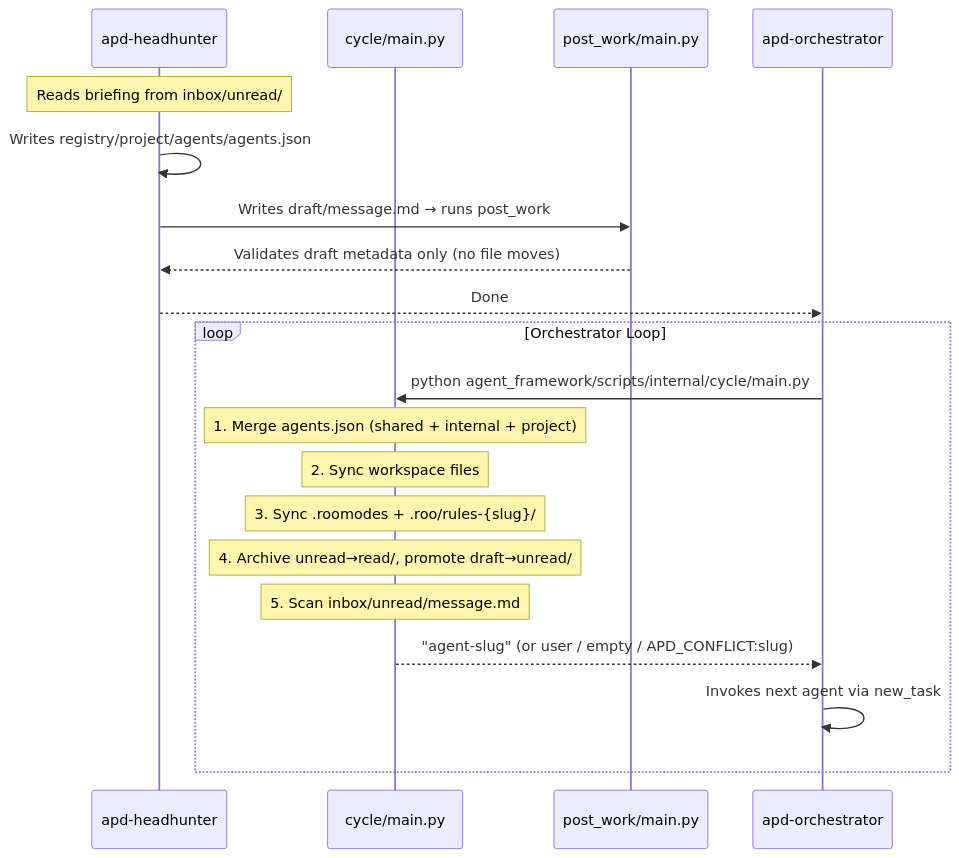
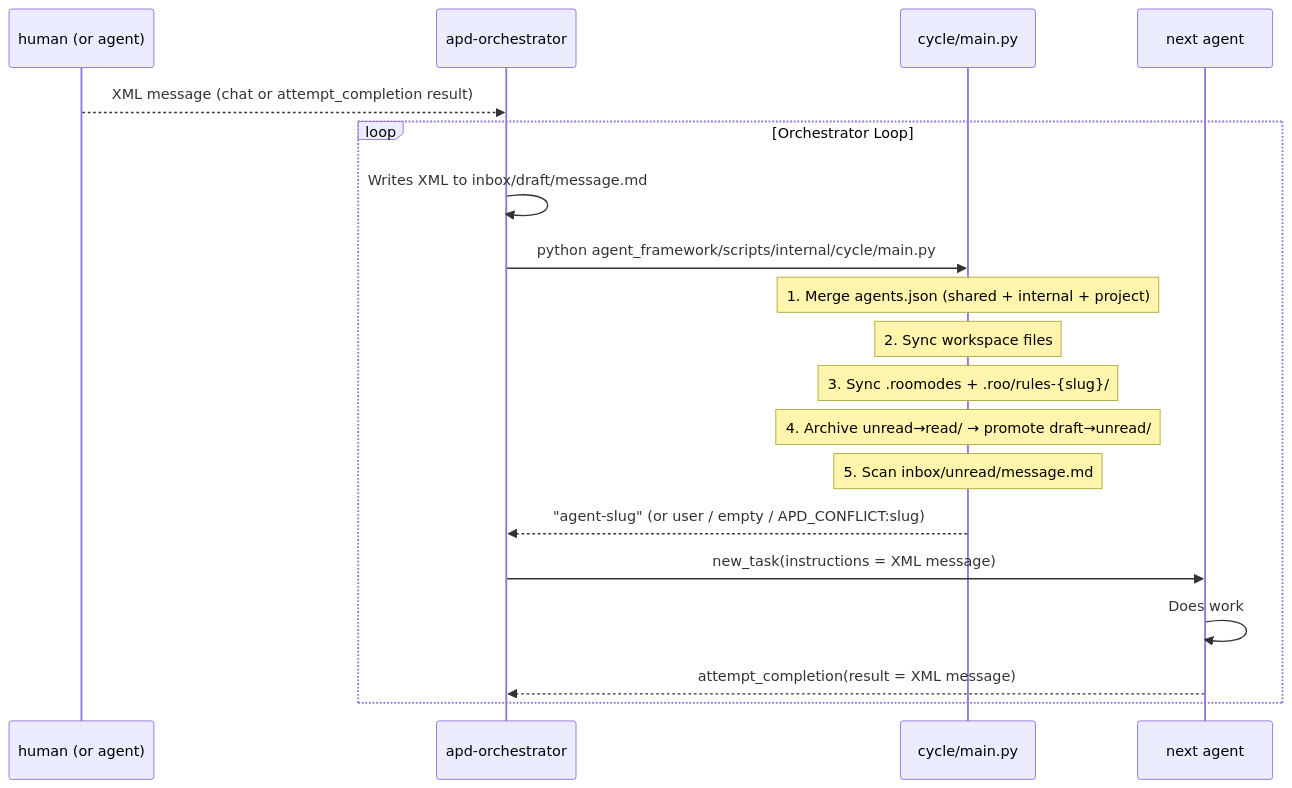
The diagram in docs/scripts.md (Joanoni/autonomous-project-development), drawn with Mermaid before and after one commit. The commit also changed other lines of this file and 26 other files, not shown here.

Commit message:
docs: remove post_work references, fix agent input source (new_task instructions), add shared workspace sync, fix orchestrator constraints

````diff
--- a/docs/scripts.md
+++ b/docs/scripts.md
@@ -177,24 +145,23 @@
 ```mermaid
 sequenceDiagram
-    participant HH as apd-headhunter
+    participant HU as human (or agent)
+    participant OR as apd-orchestrator
     participant CY as cycle/main.py
-    participant PW as post_work/main.py
-    participant OR as apd-orchestrator
+    participant AG as next agent
 
-    Note over HH: Reads briefing from inbox/unread/
-    HH->>HH: Writes registry/project/agents/agents.json
-    HH->>PW: Writes draft/message.md → runs post_work
-    PW-->>HH: Validates draft metadata only (no file moves)
-    HH-->>OR: Done
+    HU-->>OR: XML message (chat or attempt_completion result)
 
     loop Orchestrator Loop
+        OR->>OR: Writes XML to inbox/draft/message.md
         OR->>CY: python agent_framework/scripts/internal/cycle/main.py
         Note over CY: 1. Merge agents.json (shared + internal + project)
         Note over CY: 2. Sync workspace files
         Note over CY: 3. Sync .roomodes + .roo/rules-{slug}/
-        Note over CY: 4. Archive unread→read/, promote draft→unread/
+        Note over CY: 4. Archive unread→read/ → promote draft→unread/
         Note over CY: 5. Scan inbox/unread/message.md
         CY-->>OR: "agent-slug" (or user / empty / APD_CONFLICT:slug)
-        OR->>OR: Invokes next agent via new_task
+        OR->>AG: new_task(instructions = XML message)
+        AG->>AG: Does work
+        AG-->>OR: attempt_completion(result = XML message)
     end
 ```
````
